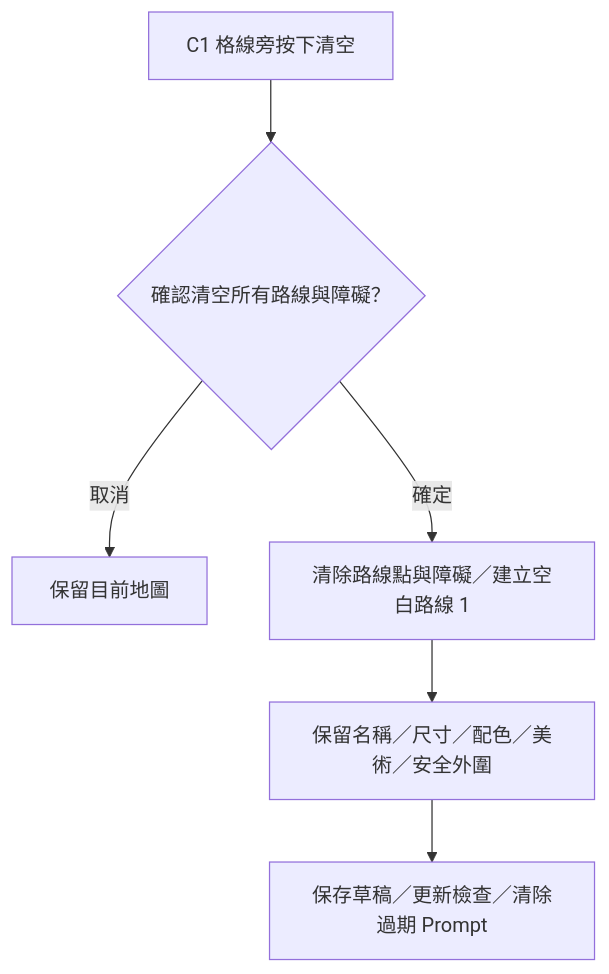
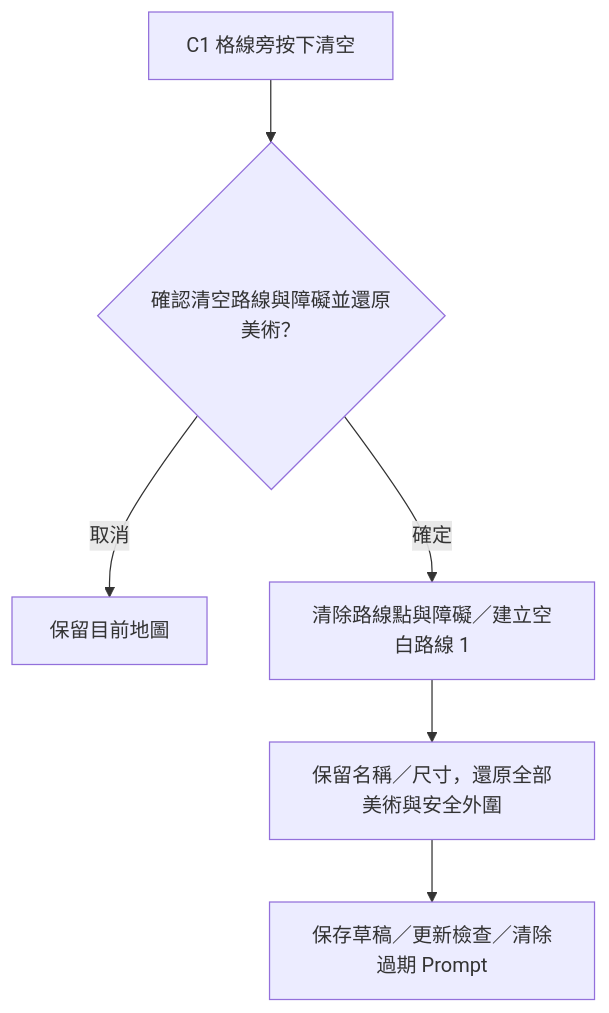
One commit to weimowang/tdmapcreate changed the seventh of 9 diagrams in docs/SPEC.md. Above: the diagram before and after it, drawn with Mermaid. The commit also changed other lines of this file and 6 other files, not shown here.

````diff
--- a/docs/SPEC.md
+++ b/docs/SPEC.md
@@ -300,8 +300,8 @@
 ```mermaid
 flowchart TD
-  A[C1 格線旁按下清空] --> B{確認清空所有路線與障礙？}
+  A[C1 格線旁按下清空] --> B{確認清空路線與障礙並還原美術？}
   B -->|取消| C[保留目前地圖]
   B -->|確定| D[清除路線點與障礙／建立空白路線 1]
-  D --> E[保留名稱／尺寸／配色／美術／安全外圍]
+  D --> E[保留名稱／尺寸，還原全部美術與安全外圍]
   E --> F[保存草稿／更新檢查／清除過期 Prompt]
 ```
````
